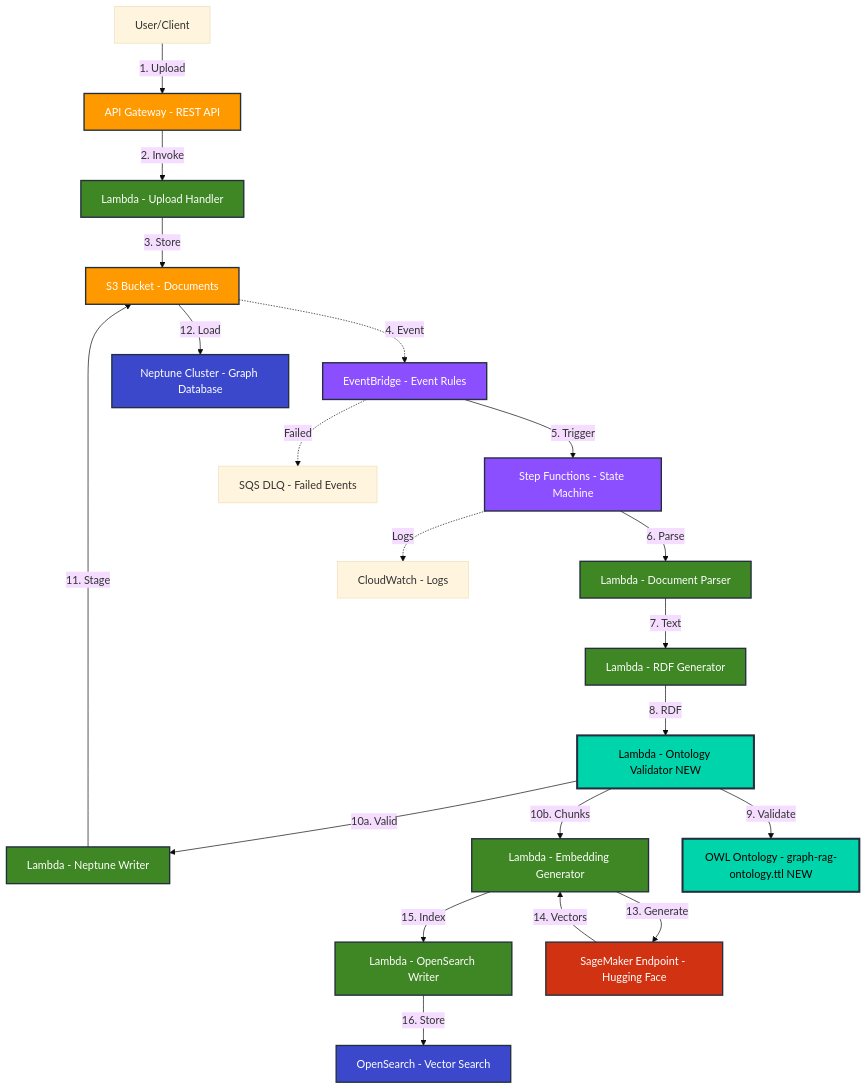
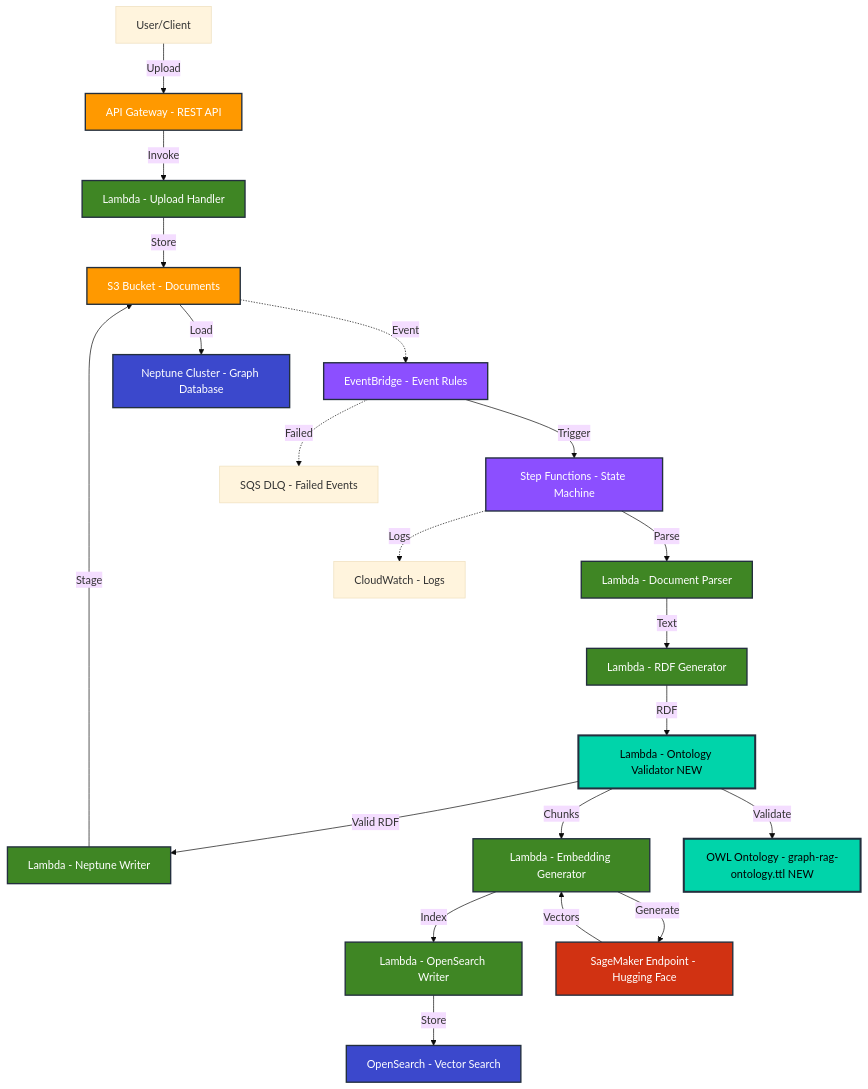
One commit to asko123/ontology_IAC_AWS_CDK changed the first of 12 diagrams in ARCHITECTURE_DIAGRAM.md. Above: the diagram before and after it, drawn with Mermaid (base theme).

Commit message:
Remove numbered list syntax from arrow labels
- Changed arrow labels from '1. Upload' to 'Upload' format
- Prevents markdown list interpretation in Mermaid
- Ensures compatibility with all Mermaid renderers

````diff
--- a/ARCHITECTURE_DIAGRAM.md
+++ b/ARCHITECTURE_DIAGRAM.md
@@ -5,55 +5,55 @@
 ```mermaid
 graph TB
     User["User/Client"]
     APIGW["API Gateway - REST API"]
     UploadLambda["Lambda - Upload Handler"]
     S3["S3 Bucket - Documents"]
     EventBridge["EventBridge - Event Rules"]
     StepFunctions["Step Functions - State Machine"]
     DLQ["SQS DLQ - Failed Events"]
     DocParser["Lambda - Document Parser"]
     RDFGen["Lambda - RDF Generator"]
     OntologyVal["Lambda - Ontology Validator NEW"]
     NeptuneWriter["Lambda - Neptune Writer"]
     EmbedGen["Lambda - Embedding Generator"]
     OSWriter["Lambda - OpenSearch Writer"]
     SageMaker["SageMaker Endpoint - Hugging Face"]
     Neptune["Neptune Cluster - Graph Database"]
     OpenSearch["OpenSearch - Vector Search"]
     OWL["OWL Ontology - graph-rag-ontology.ttl NEW"]
     CloudWatch["CloudWatch - Logs"]
 
-    User -->|1. Upload| APIGW
-    APIGW -->|2. Invoke| UploadLambda
-    UploadLambda -->|3. Store| S3
-    S3 -.->|4. Event| EventBridge
-    EventBridge -->|5. Trigger| StepFunctions
+    User -->|Upload| APIGW
+    APIGW -->|Invoke| UploadLambda
+    UploadLambda -->|Store| S3
+    S3 -.->|Event| EventBridge
+    EventBridge -->|Trigger| StepFunctions
     EventBridge -.->|Failed| DLQ
-    StepFunctions -->|6. Parse| DocParser
-    DocParser -->|7. Text| RDFGen
-    RDFGen -->|8. RDF| OntologyVal
-    OntologyVal -->|9. Validate| OWL
-    OntologyVal -->|10a. Valid| NeptuneWriter
-    OntologyVal -->|10b. Chunks| EmbedGen
-    NeptuneWriter -->|11. Stage| S3
-    S3 -->|12. Load| Neptune
-    EmbedGen -->|13. Generate| SageMaker
-    SageMaker -->|14. Vectors| EmbedGen
-    EmbedGen -->|15. Index| OSWriter
-    OSWriter -->|16. Store| OpenSearch
+    StepFunctions -->|Parse| DocParser
+    DocParser -->|Text| RDFGen
+    RDFGen -->|RDF| OntologyVal
+    OntologyVal -->|Validate| OWL
+    OntologyVal -->|Valid RDF| NeptuneWriter
+    OntologyVal -->|Chunks| EmbedGen
+    NeptuneWriter -->|Stage| S3
+    S3 -->|Load| Neptune
+    EmbedGen -->|Generate| SageMaker
+    SageMaker -->|Vectors| EmbedGen
+    EmbedGen -->|Index| OSWriter
+    OSWriter -->|Store| OpenSearch
     StepFunctions -.->|Logs| CloudWatch
     
     classDef awsOrange fill:#FF9900,stroke:#232F3E,stroke-width:2px,color:#fff
     classDef awsBlue fill:#3B48CC,stroke:#232F3E,stroke-width:2px,color:#fff
     classDef awsGreen fill:#3F8624,stroke:#232F3E,stroke-width:2px,color:#fff
     classDef awsPurple fill:#8C4FFF,stroke:#232F3E,stroke-width:2px,color:#fff
     classDef awsRed fill:#D13212,stroke:#232F3E,stroke-width:2px,color:#fff
     classDef newFeature fill:#00D4AA,stroke:#232F3E,stroke-width:3px,color:#000
 
     class APIGW,S3 awsOrange
     class Neptune,OpenSearch awsBlue
     class UploadLambda,DocParser,RDFGen,NeptuneWriter,EmbedGen,OSWriter awsGreen
     class StepFunctions,EventBridge awsPurple
     class SageMaker awsRed
     class OntologyVal,OWL newFeature
 ```
````
